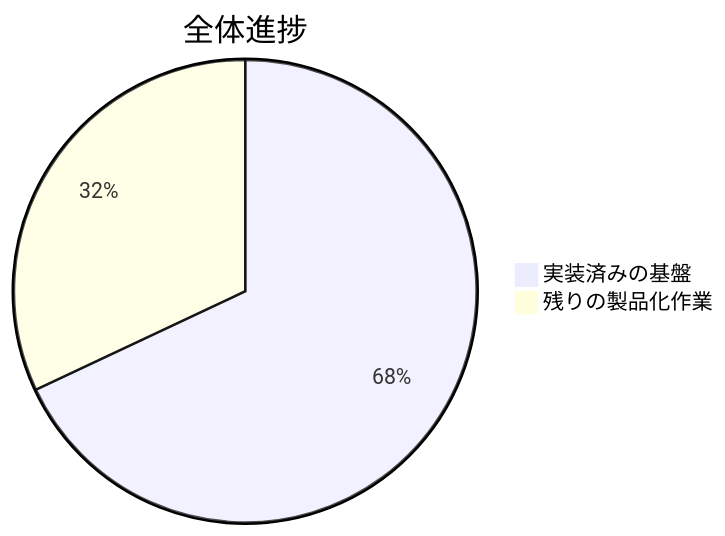
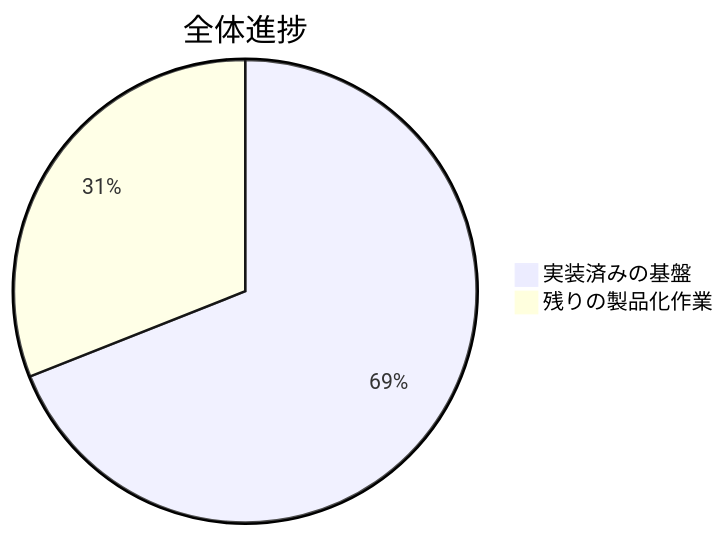
The first of 5 diagrams in README.ja.md (lingmulongtai/GlyphRay), drawn with Mermaid before and after one commit. The commit also changed other lines of this file and 6 other files, not shown here.

````diff
--- a/README.ja.md
+++ b/README.ja.md
@@ -15,5 +15,5 @@
 ```mermaid
 pie title 全体進捗
-  "実装済みの基盤" : 68
-  "残りの製品化作業" : 32
+  "実装済みの基盤" : 69
+  "残りの製品化作業" : 31
 ```
````
